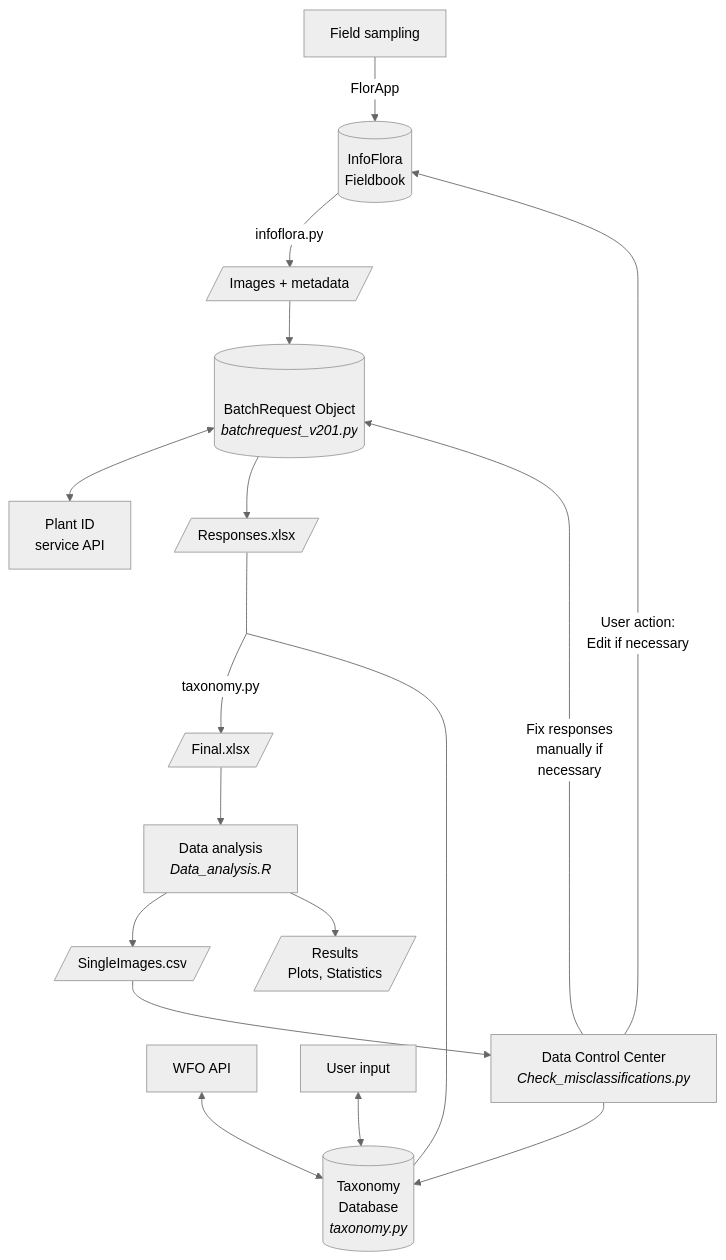
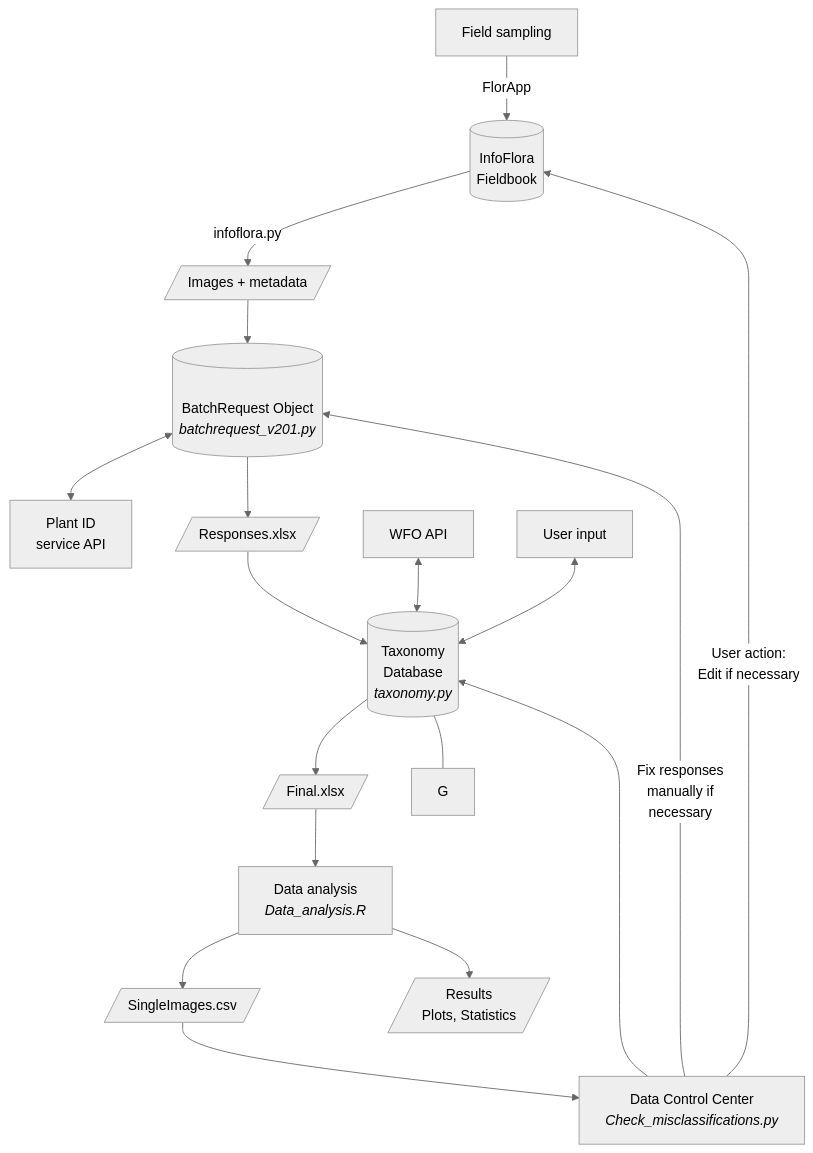
The diagram in README.md (ManuelPopp/SwissPlantCV), drawn with Mermaid (neutral theme) before and after one commit.

````diff
--- a/README.md
+++ b/README.md
@@ -5,21 +5,21 @@
 ```mermaid
 graph TD
     A[Field sampling] --> |FlorApp| B[(InfoFlora<br>Fieldbook)]
     B --> |infoflora.py| C[/Images + metadata/]
     D[(<br>BatchRequest Object<br><i>batchrequest_v201.py</i>)] <--> E[Plant ID<br>service API]
     C --> D
     D --> F[/Responses.xlsx/]
-    F --- G( ):::empty
-    G --> |"taxonomy.py"| H[/Final.xlsx/]
-    I[WFO API] <--> J[(Taxonomy<br>Database<br><i>taxonomy.py</i>)]
+    F --> J[(Taxonomy<br>Database<br><i>taxonomy.py</i>)]
+    I[WFO API] <--> J
+    J --> H[/Final.xlsx/]
     K[User input] <--> J
     J --- G
     H --> X[Data analysis<br><i>Data_analysis.R</i>]
     X --> L[/SingleImages.csv/]
     L --> M[Data Control Center<br><i>Check_misclassifications.py</i>]
     M --> J
     M --> |Fix responses<br>manually if<br>necessary| D
     M --> |User action:<br>Edit if necessary| B
     X --> Z[/Results<br>Plots, Statistics/]
 classDef empty width:0px,height:0px;
 ```
````
